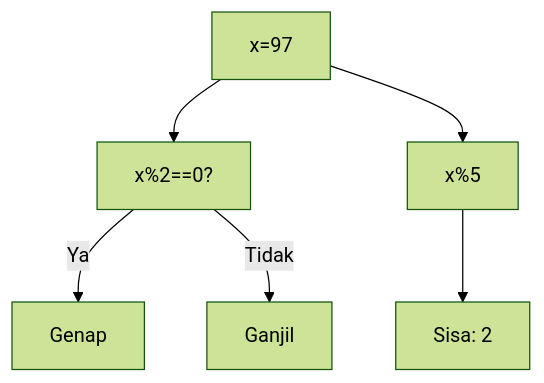
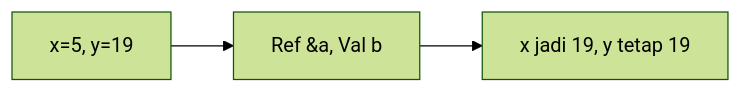
Before and after one commit to amnahwaida/OSNK_INF_PREP: diagram 17 of 25 in part-c-pemahaman-cpp/04-fungsi/latihan/set-11.md, drawn with Mermaid (forest theme). The commit also changed other lines of this file and 71 other files, not shown here.

````diff
--- a/part-c-pemahaman-cpp/04-fungsi/latihan/set-11.md
+++ b/part-c-pemahaman-cpp/04-fungsi/latihan/set-11.md
@@ -481,8 +447,5 @@
 ```mermaid
-graph TD
-A["x=97"] --> B["x%2==0?"]
-B -- Ya --> C["Genap"]
-B -- Tidak --> D["Ganjil"]
-A --> E["x%5"]
-E --> F["Sisa: 2"]
+graph LR
+A["x=5, y=19"] --> B["Ref &a, Val b"]
+B --> C["x jadi 19, y tetap 19"]
 ```
````
